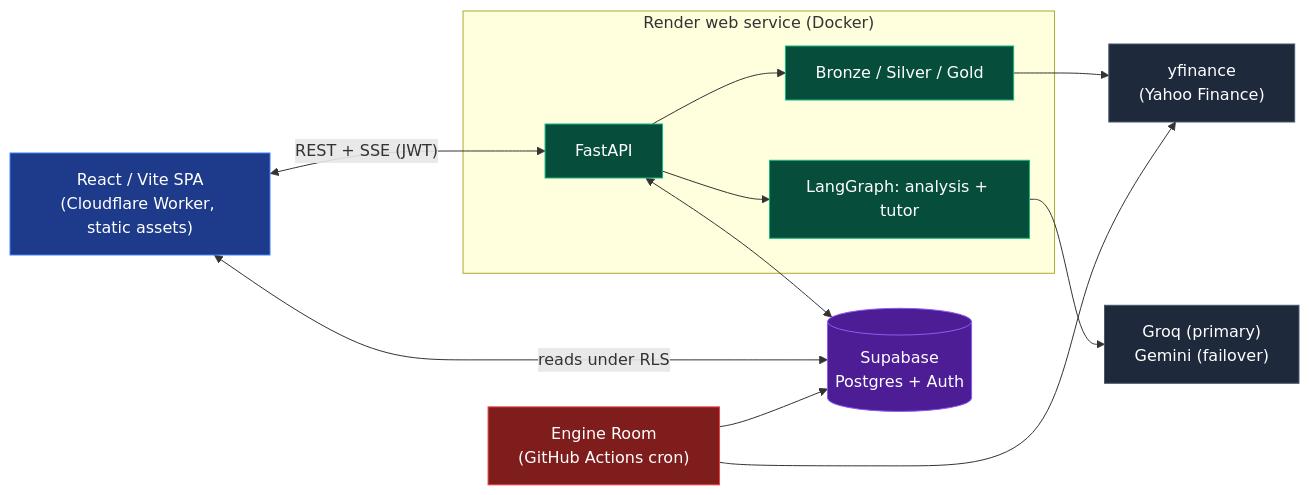
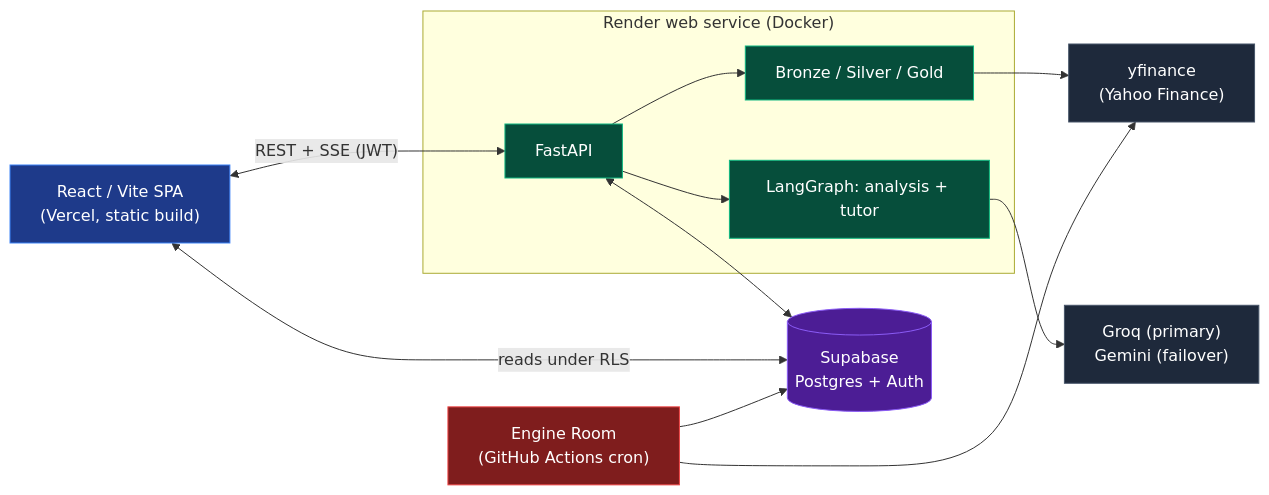
Before and after one commit to gh0gale/INVR: the third of 3 diagrams in README.md, drawn with Mermaid. The commit also changed other lines of this file and 6 other files, not shown here.

````diff
--- a/README.md
+++ b/README.md
@@ -86,31 +86,31 @@
 ```mermaid
 flowchart LR
     classDef frontend fill:#1e3a8a,stroke:#3b82f6,color:#fff;
     classDef backend fill:#064e3b,stroke:#10b981,color:#fff;
     classDef db fill:#4c1d95,stroke:#8b5cf6,color:#fff;
     classDef engine fill:#7f1d1d,stroke:#ef4444,color:#fff;
     classDef ext fill:#1e293b,stroke:#475569,color:#fff;
 
-    Client["React / Vite SPA<br>(Cloudflare Worker, static assets)"]:::frontend
+    Client["React / Vite SPA<br>(Vercel, static build)"]:::frontend
 
     subgraph Render["Render web service (Docker)"]
         API["FastAPI"]:::backend
         Quant["Bronze / Silver / Gold"]:::backend
         Graphs["LangGraph: analysis + tutor"]:::backend
         API --> Quant
         API --> Graphs
     end
 
     DB[("Supabase<br>Postgres + Auth")]:::db
     LLMs["Groq (primary)<br>Gemini (failover)"]:::ext
     YF["yfinance<br>(Yahoo Finance)"]:::ext
     Engine["Engine Room<br>(GitHub Actions cron)"]:::engine
 
     Client <-->|"REST + SSE (JWT)"| API
     Client <-->|"reads under RLS"| DB
     API <--> DB
     Quant --> YF
     Graphs --> LLMs
     Engine --> DB
     Engine --> YF
 ```
````
